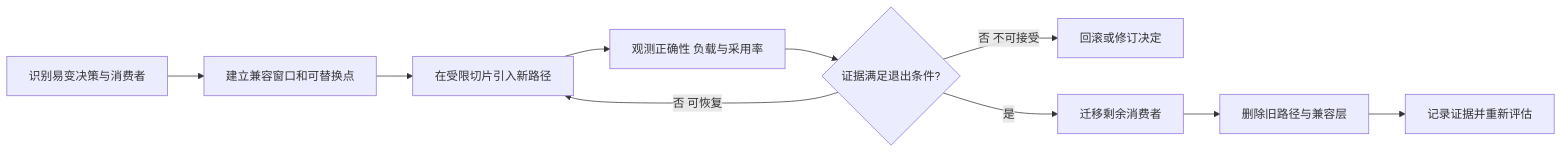
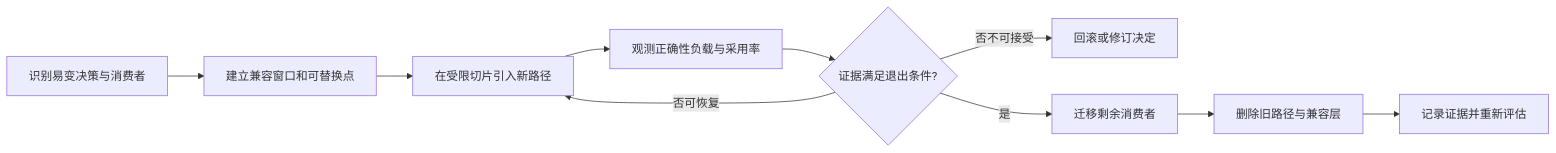
Before and after one commit to sealday/tego-arch: the diagram in content/principles/pr-08-evolutionary-design.mdx, drawn with Mermaid. The commit also changed other lines of this file and 68 other files, not shown here.

Commit message:
refactor(content): standardize architecture terminology

````diff
--- a/content/principles/pr-08-evolutionary-design.mdx
+++ b/content/principles/pr-08-evolutionary-design.mdx
@@ -70,12 +77,12 @@
 ```mermaid
 flowchart LR
   A[识别易变决策与消费者] --> B[建立兼容窗口和可替换点]
   B --> C[在受限切片引入新路径]
-  C --> D[观测正确性 负载与采用率]
+  C --> D[观测正确性负载与采用率]
   D --> E{证据满足退出条件?}
-  E -->|否 可恢复| C
-  E -->|否 不可接受| F[回滚或修订决定]
+  E -->|否可恢复| C
+  E -->|否不可接受| F[回滚或修订决定]
   E -->|是| G[迁移剩余消费者]
   G --> H[删除旧路径与兼容层]
   H --> I[记录证据并重新评估]
 ```
````
